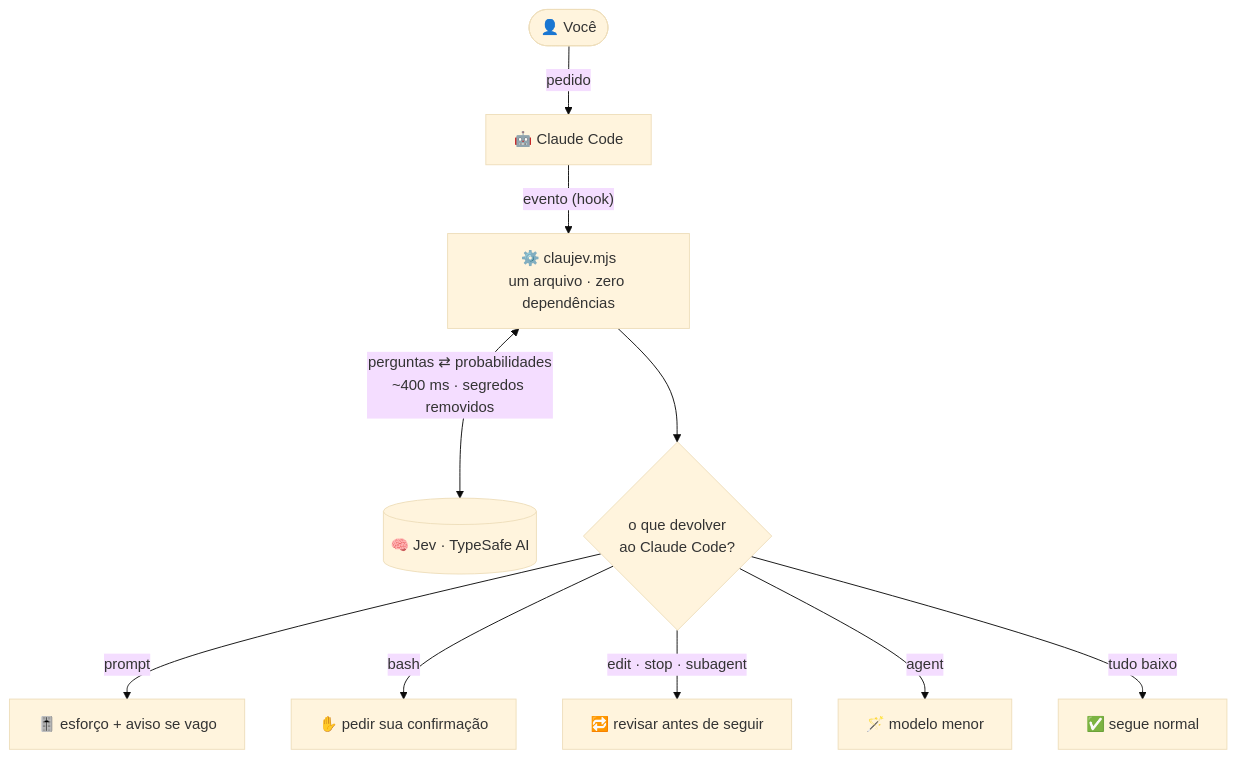
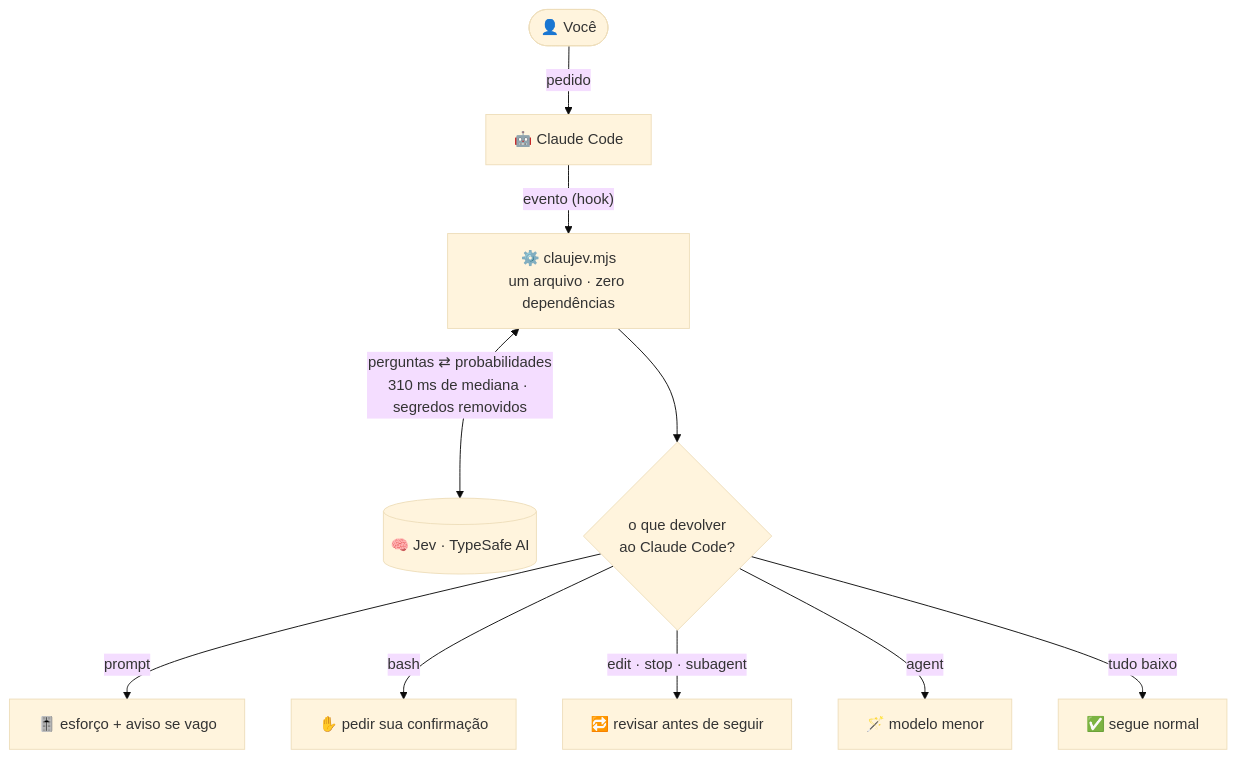
Before and after one commit to Civalski/claujev: the first of 2 diagrams in README.pt-BR.md, drawn with Mermaid (base theme). The commit also changed other lines of this file and 3 other files, not shown here.

````diff
--- a/README.pt-BR.md
+++ b/README.pt-BR.md
@@ -91,12 +92,12 @@
 ```mermaid
 flowchart TB
     U(["👤 Você"]) -->|pedido| CC["🤖 Claude Code"]
     CC -->|"evento (hook)"| CJ["⚙️ claujev.mjs<br/>um arquivo · zero dependências"]
-    CJ <-->|"perguntas ⇄ probabilidades<br/>~400 ms · segredos removidos"| JEV[("🧠 Jev · TypeSafe AI")]
+    CJ <-->|"perguntas ⇄ probabilidades<br/>310 ms de mediana · segredos removidos"| JEV[("🧠 Jev · TypeSafe AI")]
     CJ --> R{"o que devolver<br/>ao Claude Code?"}
     R -->|"prompt"| A1["🎚️ esforço + aviso se vago"]
     R -->|"bash"| A2["✋ pedir sua confirmação"]
     R -->|"edit · stop · subagent"| A3["🔁 revisar antes de seguir"]
     R -->|"agent"| A4["🪄 modelo menor"]
     R -->|"tudo baixo"| A5["✅ segue normal"]
 ```
````
